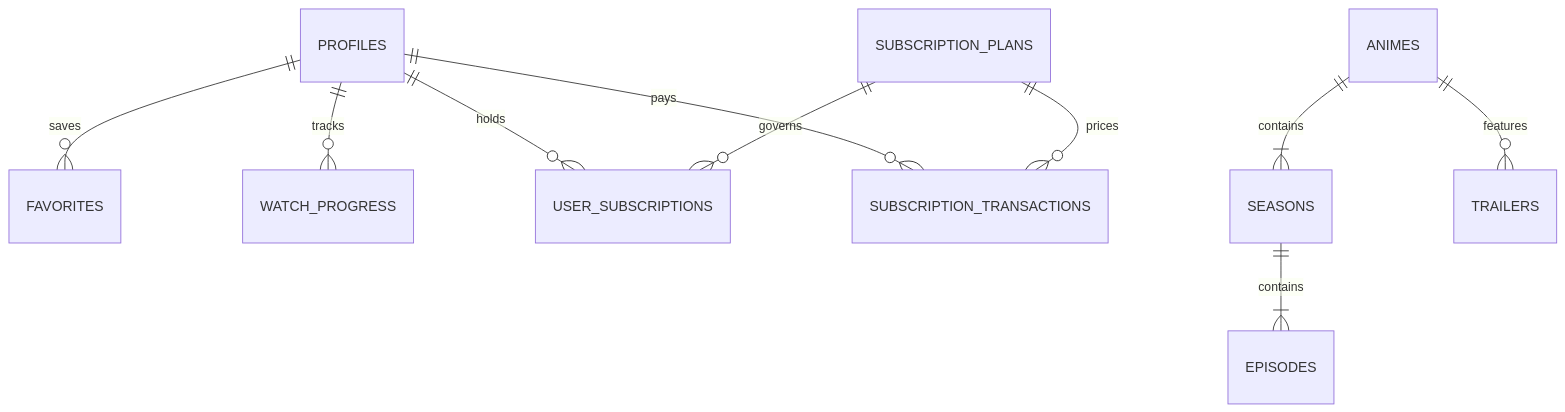
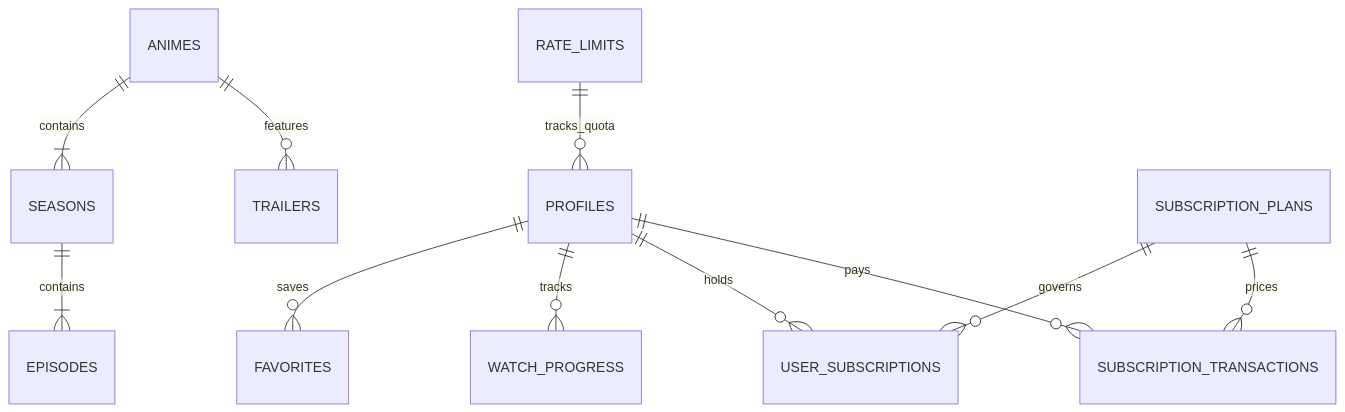
One commit to bunyotbeksapayev58-lgtm/Anicity changed the diagram in docs/DATABASE.md. Above: the diagram before and after it, drawn with Mermaid. The commit also changed other lines of this file and 27 other files, not shown here.

````diff
--- a/docs/DATABASE.md
+++ b/docs/DATABASE.md
@@ -37,12 +38,13 @@
 ```mermaid
 erDiagram
     PROFILES ||--o{ FAVORITES : saves
     PROFILES ||--o{ WATCH_PROGRESS : tracks
     PROFILES ||--o{ USER_SUBSCRIPTIONS : holds
     PROFILES ||--o{ SUBSCRIPTION_TRANSACTIONS : pays
     ANIMES ||--|{ SEASONS : contains
     SEASONS ||--|{ EPISODES : contains
     ANIMES ||--o{ TRAILERS : features
     SUBSCRIPTION_PLANS ||--o{ USER_SUBSCRIPTIONS : governs
     SUBSCRIPTION_PLANS ||--o{ SUBSCRIPTION_TRANSACTIONS : prices
+    RATE_LIMITS ||--o{ PROFILES : tracks_quota
 ```
````
